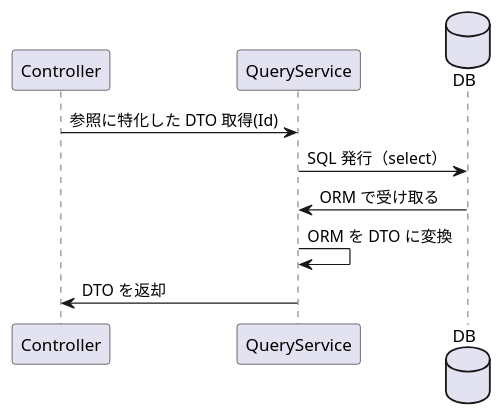
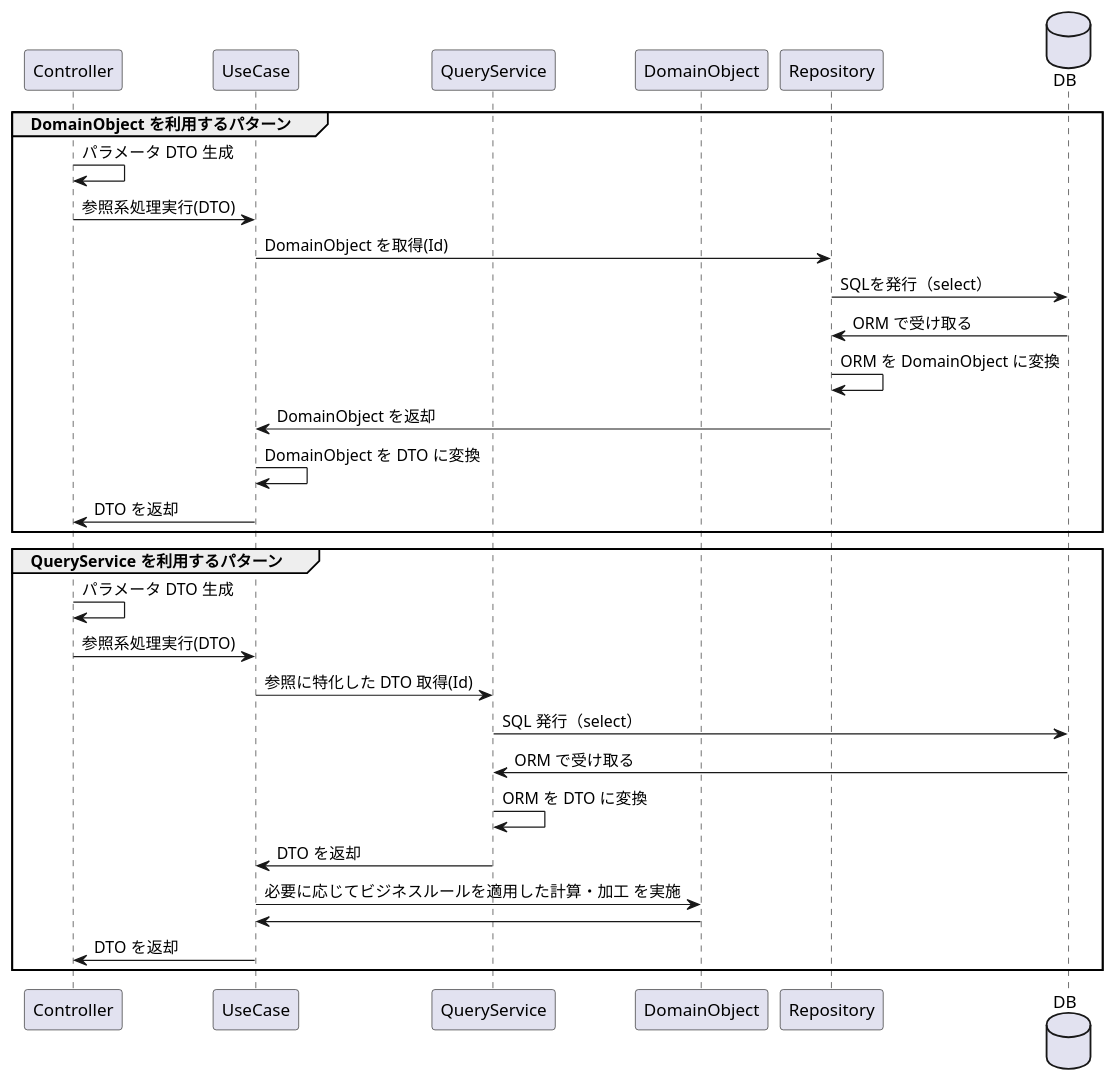
The diagram in diagrams/LayerStructure_QueryFlow.pu (TakashiOnawa/ddd-architecture), drawn with PlantUML before and after one commit. The commit also changed 7 other files, not shown here.

```diff
--- a/diagrams/LayerStructure_QueryFlow.pu
+++ b/diagrams/LayerStructure_QueryFlow.pu
@@ -1,13 +1,35 @@
 @startuml LayerStructure_QueryFlow
 
 participant Controller
+participant UseCase
 participant QueryService
+participant DomainObject
+participant Repository
 database DB
 
-Controller -> QueryService: 参照に特化した DTO 取得(Id)
-QueryService -> DB: SQL 発行（select）
-DB -> QueryService: ORM で受け取る
-QueryService -> QueryService: ORM を DTO に変換
-QueryService -> Controller: DTO を返却
+group DomainObject を利用するパターン
+    Controller -> Controller: パラメータ DTO 生成
+    Controller -> UseCase: 参照系処理実行(DTO)
+    UseCase -> Repository: DomainObject を取得(Id)
+    Repository -> DB: SQLを発行（select）
+    DB -> Repository: ORM で受け取る
+    Repository -> Repository: ORM を DomainObject に変換
+    Repository -> UseCase: DomainObject を返却
+    UseCase -> UseCase: DomainObject を DTO に変換
+    UseCase -> Controller: DTO を返却
+end
+
+group QueryService を利用するパターン
+    Controller -> Controller: パラメータ DTO 生成
+    Controller -> UseCase: 参照系処理実行(DTO)
+    UseCase -> QueryService: 参照に特化した DTO 取得(Id)
+    QueryService -> DB: SQL 発行（select）
+    DB -> QueryService: ORM で受け取る
+    QueryService -> QueryService: ORM を DTO に変換
+    QueryService -> UseCase: DTO を返却
+    UseCase -> DomainObject: 必要に応じてビジネスルールを適用した計算・加工 を実施
+    DomainObject -> UseCase
+    UseCase -> Controller: DTO を返却
+end
 
 @enduml
```
